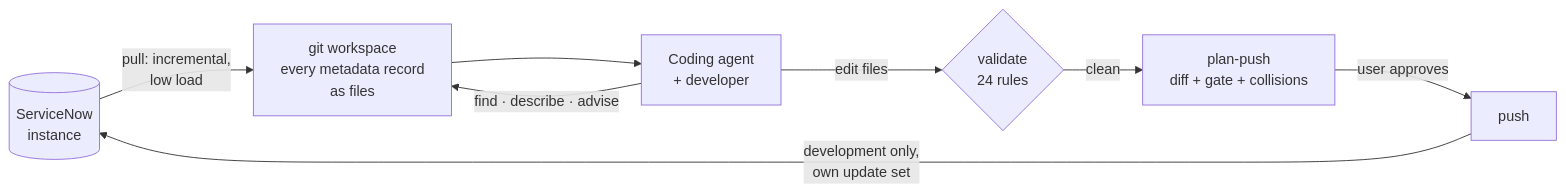
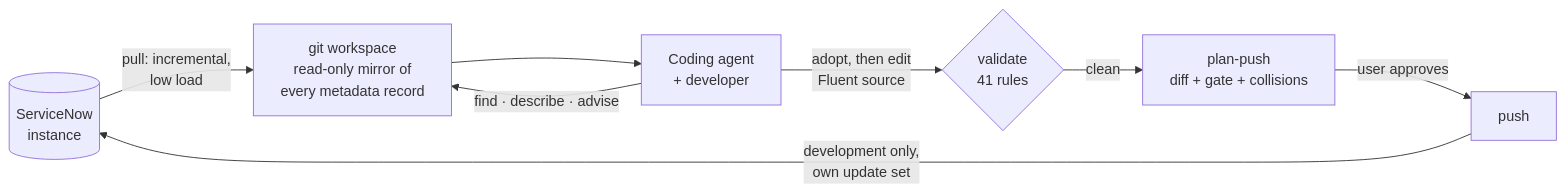
Before and after one commit to caabayfe/agenticsn: the diagram in docs/product/overview.md, drawn with Mermaid. The commit also changed other lines of this file and 10 other files, not shown here.

````diff
--- a/docs/product/overview.md
+++ b/docs/product/overview.md
@@ -29,10 +31,10 @@
 ```mermaid
 flowchart LR
-    SN[(ServiceNow<br/>instance)] -- "pull: incremental,<br/>low load" --> WS[git workspace<br/>every metadata record<br/>as files]
+    SN[(ServiceNow<br/>instance)] -- "pull: incremental,<br/>low load" --> WS[git workspace<br/>read-only mirror of<br/>every metadata record]
     WS --> AG[Coding agent<br/>+ developer]
     AG -- "find · describe · advise" --> WS
-    AG -- edit files --> V{validate<br/>24 rules}
+    AG -- "adopt, then edit<br/>Fluent source" --> V{validate<br/>41 rules}
     V -- clean --> P[plan-push<br/>diff + gate + collisions]
     P -- "user approves" --> PU[push]
     PU -- "development only,<br/>own update set" --> SN
 ```
````
